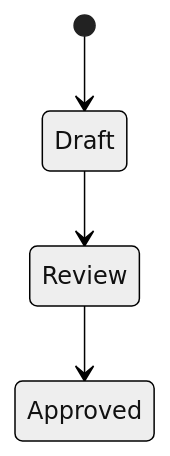
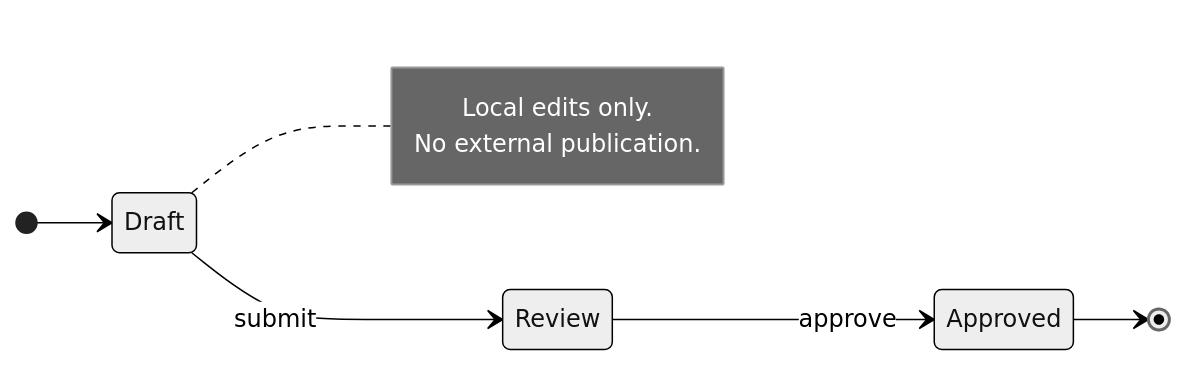
Before and after one commit to bartytime4life/Kansas-Frontier-Matrix: the second of 7 diagrams in docs/diagrams/templates/mermaid/state-machine.template.md, drawn with Mermaid (neutral theme). The commit also changed other lines of this file, not shown here.

First line of the commit message:
Add Mermaid State Machine Template

````diff
--- a/docs/diagrams/templates/mermaid/state-machine.template.md
+++ b/docs/diagrams/templates/mermaid/state-machine.template.md
@@ -1,6 +111,15 @@
 ```mermaid
 stateDiagram-v2
+  direction LR
+
   [*] --> Draft
-  Draft --> Review
-  Review --> Approved
+  Draft --> Review: submit
+
+  note right of Draft
+    Local edits only.
+    No external publication.
+  end note
+
+  Review --> Approved: approve
+  Approved --> [*]
 ```
````
